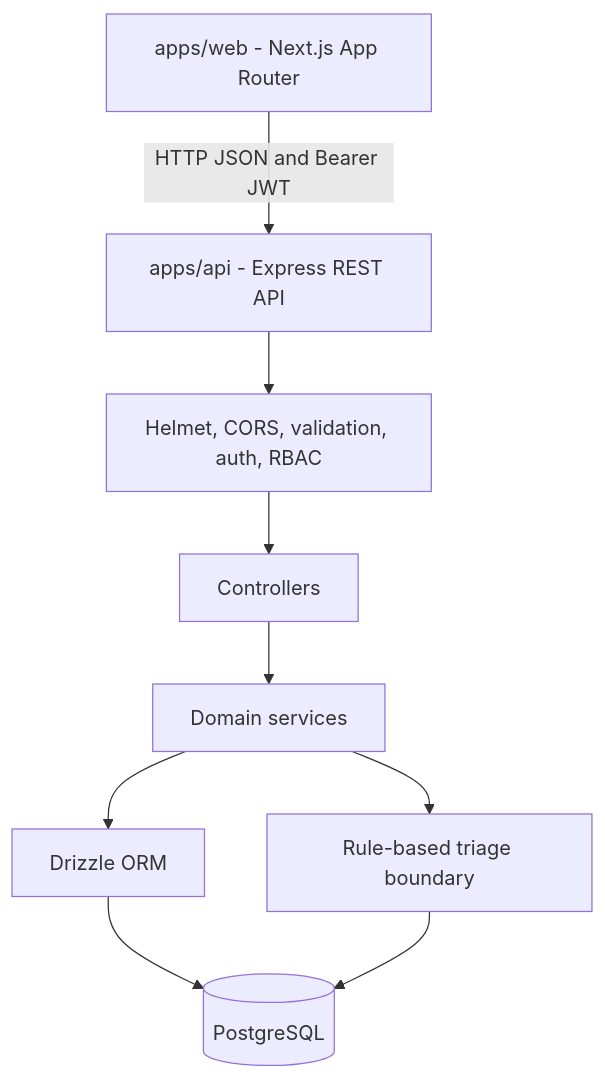
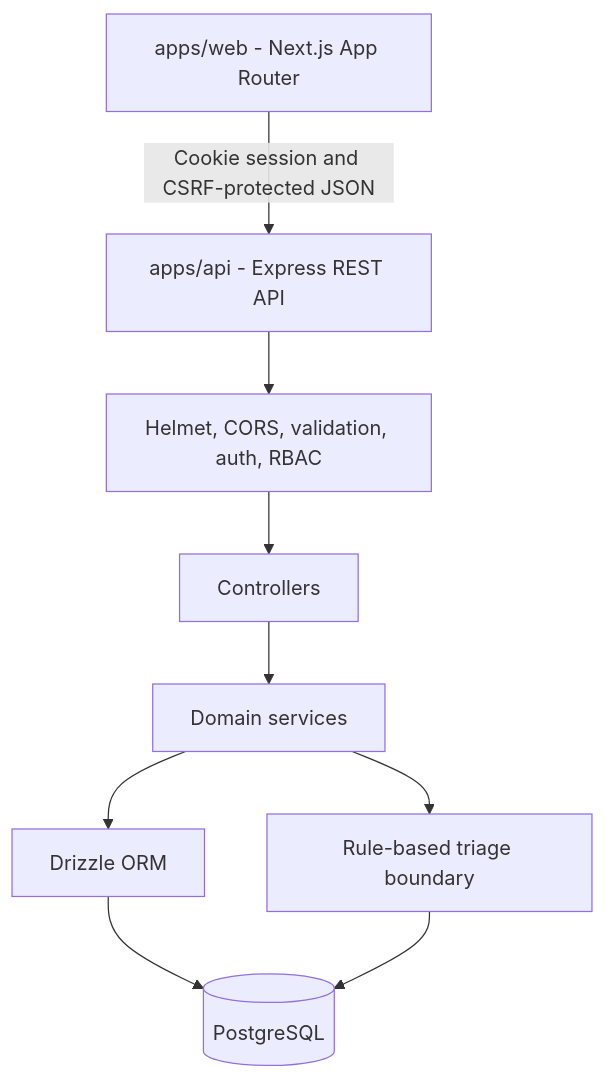
Before and after one commit to EdenCirakoglu/Client-Tracker: the diagram in clientops-tracker/docs/ARCHITECTURE.md, drawn with Mermaid. The commit also changed other lines of this file and 70 other files, not shown here.

````diff
--- a/clientops-tracker/docs/ARCHITECTURE.md
+++ b/clientops-tracker/docs/ARCHITECTURE.md
@@ -7,11 +7,11 @@
 ```mermaid
 flowchart TB
-    Web[apps/web - Next.js App Router] -->|HTTP JSON and Bearer JWT| API[apps/api - Express REST API]
+    Web[apps/web - Next.js App Router] -->|Cookie session and CSRF-protected JSON| API[apps/api - Express REST API]
     API --> Middleware[Helmet, CORS, validation, auth, RBAC]
     Middleware --> Controllers[Controllers]
     Controllers --> Services[Domain services]
     Services --> Drizzle[Drizzle ORM]
     Drizzle --> Postgres[(PostgreSQL)]
     Services --> Triage[Rule-based triage boundary]
     Triage --> Postgres
 ```
````
